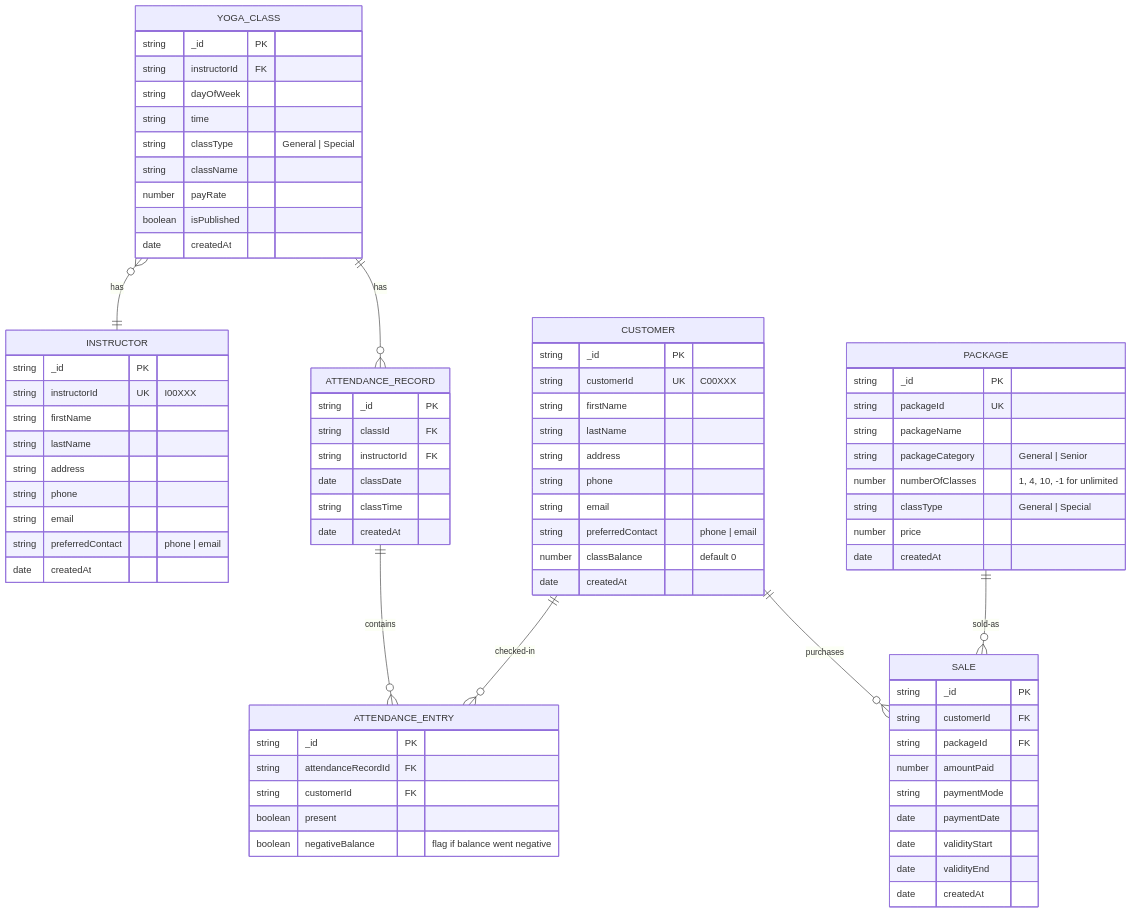
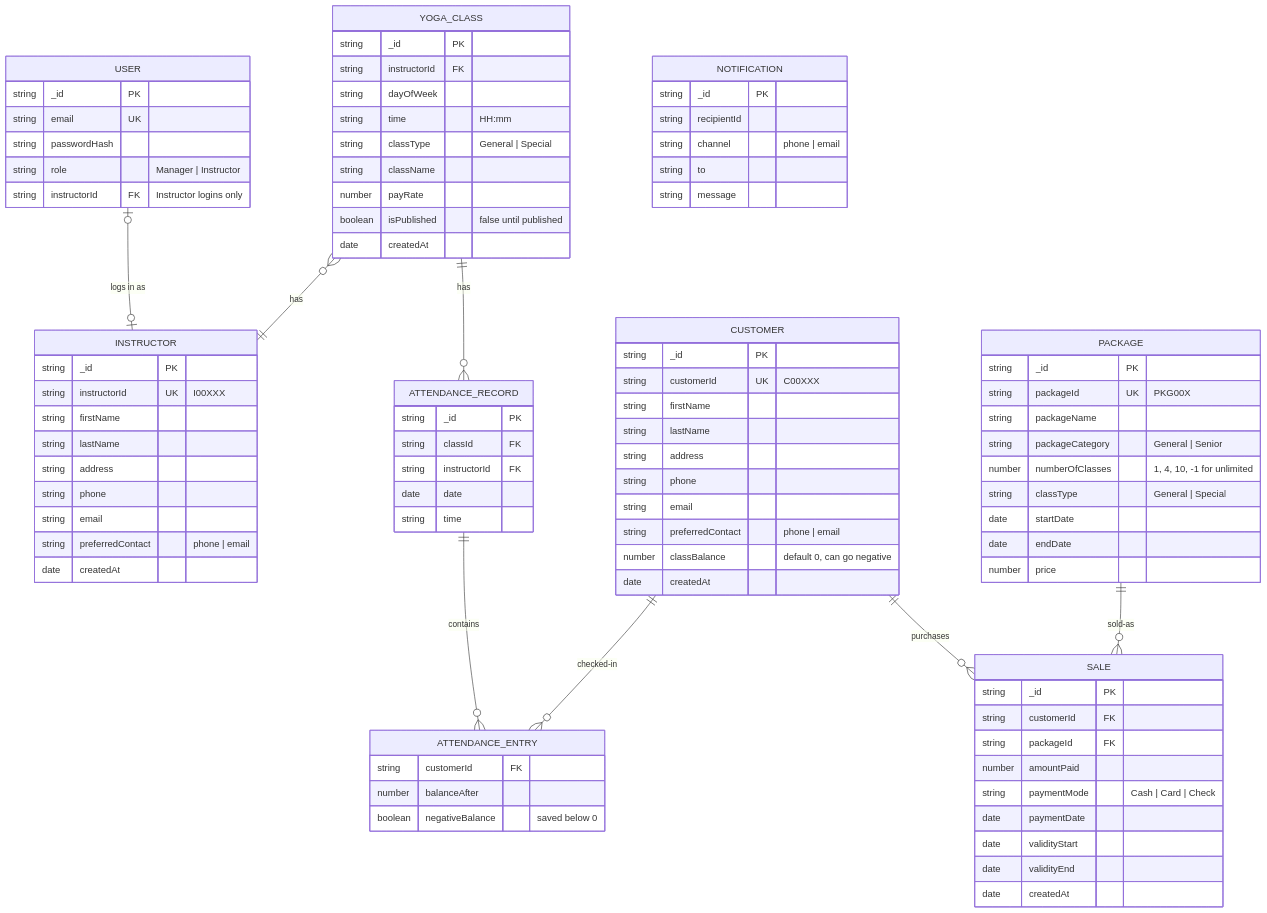
The second of 9 diagrams in PLAN.md (lindseychoi/yoga-hom-project-lchoi), drawn with Mermaid before and after one commit. The commit also changed other lines of this file and 11 other files, not shown here.

````diff
--- a/PLAN.md
+++ b/PLAN.md
@@ -112,5 +116,13 @@
 ```mermaid
 erDiagram
+    USER {
+        string _id PK
+        string email UK
+        string passwordHash
+        string role "Manager | Instructor"
+        string instructorId FK "Instructor logins only"
+    }
+
     INSTRUCTOR {
         string _id PK
         string instructorId UK "I00XXX"
@@ -132,7 +144,7 @@
         string phone
         string email
         string preferredContact "phone | email"
-        number classBalance "default 0"
+        number classBalance "default 0, can go negative"
         date createdAt
     }
 
@@ -140,23 +152,24 @@
         string _id PK
         string instructorId FK
         string dayOfWeek
-        string time
+        string time "HH:mm"
         string classType "General | Special"
         string className
         number payRate
-        boolean isPublished
+        boolean isPublished "false until published"
         date createdAt
     }
 
     PACKAGE {
         string _id PK
-        string packageId UK
+        string packageId UK "PKG00X"
         string packageName
         string packageCategory "General | Senior"
         number numberOfClasses "1, 4, 10, -1 for unlimited"
         string classType "General | Special"
+        date startDate
+        date endDate
         number price
-        date createdAt
     }
 
     SALE {
@@ -164,7 +177,7 @@
         string customerId FK
         string packageId FK
         number amountPaid
-        string paymentMode
+        string paymentMode "Cash | Card | Check"
         date paymentDate
         date validityStart
         date validityEnd
@@ -175,19 +188,25 @@
         string _id PK
         string classId FK
         string instructorId FK
-        date classDate
-        string classTime
-        date createdAt
+        date date
+        string time
     }
 
     ATTENDANCE_ENTRY {
-        string _id PK
-        string attendanceRecordId FK
         string customerId FK
-        boolean present
-        boolean negativeBalance "flag if balance went negative"
+        number balanceAfter
+        boolean negativeBalance "saved below 0"
     }
 
+    NOTIFICATION {
+        string _id PK
+        string recipientId
+        string channel "phone | email"
+        string to
+        string message
+    }
+
+    USER |o--o| INSTRUCTOR : "logs in as"
     YOGA_CLASS }o--|| INSTRUCTOR : "has"
     YOGA_CLASS ||--o{ ATTENDANCE_RECORD : "has"
     ATTENDANCE_RECORD ||--o{ ATTENDANCE_ENTRY : "contains"
````
